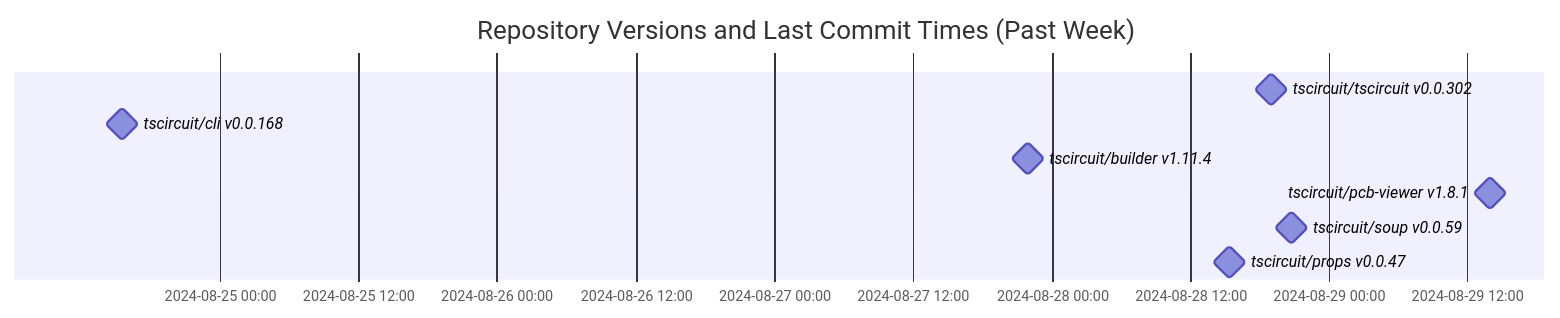
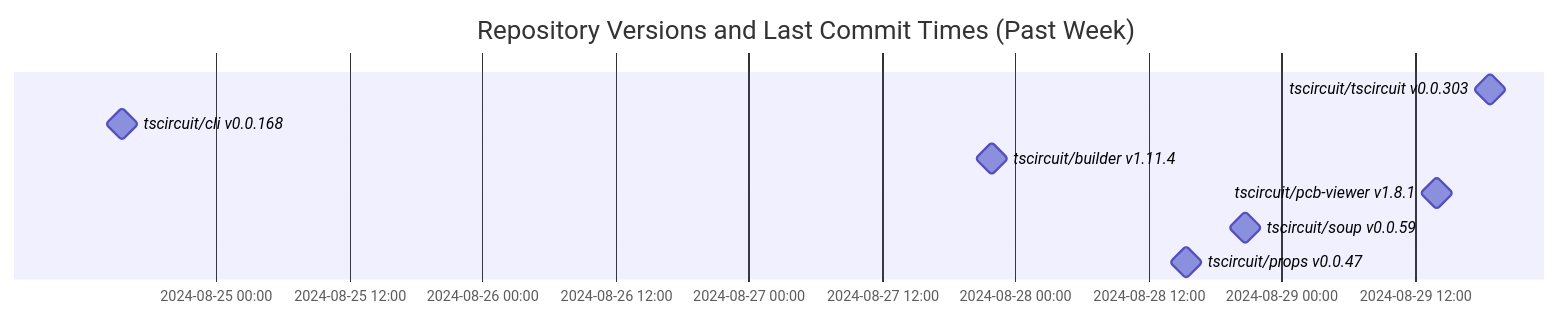
Before and after one commit to tscircuit/version-tracker: the diagram in README.md, drawn with Mermaid.

Commit message:
Update chart

````diff
--- a/README.md
+++ b/README.md
@@ -1,13 +1,13 @@
 ```mermaid
 gantt
   dateFormat  YYYY-MM-DD HH:mm:ss
   title Repository Versions and Last Commit Times (Past Week)
   axisFormat %Y-%m-%d %H:%M
 
-  tscircuit/tscircuit v0.0.302 : milestone, 2024-08-28 19:03:51, 1s
+  tscircuit/tscircuit v0.0.303 : milestone, 2024-08-29 18:47:58, 1s
   tscircuit/cli v0.0.168 : milestone, 2024-08-24 15:32:19, 1s
   tscircuit/builder v1.11.4 : milestone, 2024-08-27 21:56:45, 1s
   tscircuit/pcb-viewer v1.8.1 : milestone, 2024-08-29 13:56:55, 1s
   tscircuit/soup v0.0.59 : milestone, 2024-08-28 20:42:30, 1s
   tscircuit/props v0.0.47 : milestone, 2024-08-28 15:22:20, 1s
 ```
````
